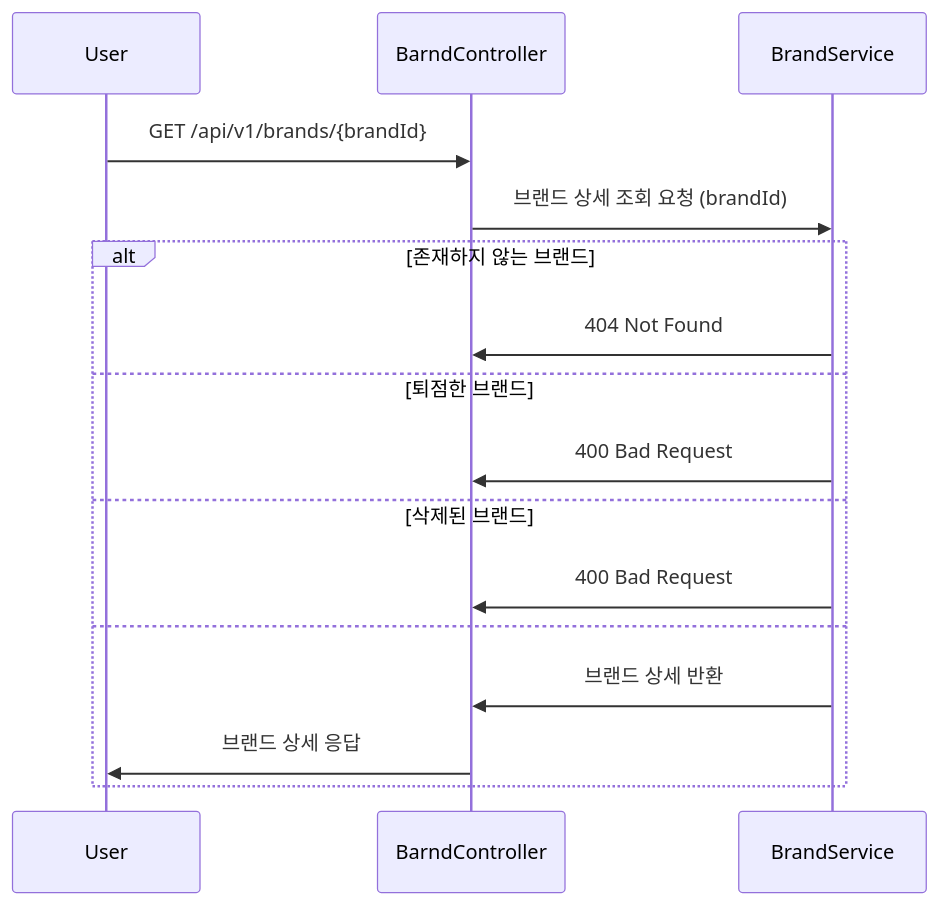
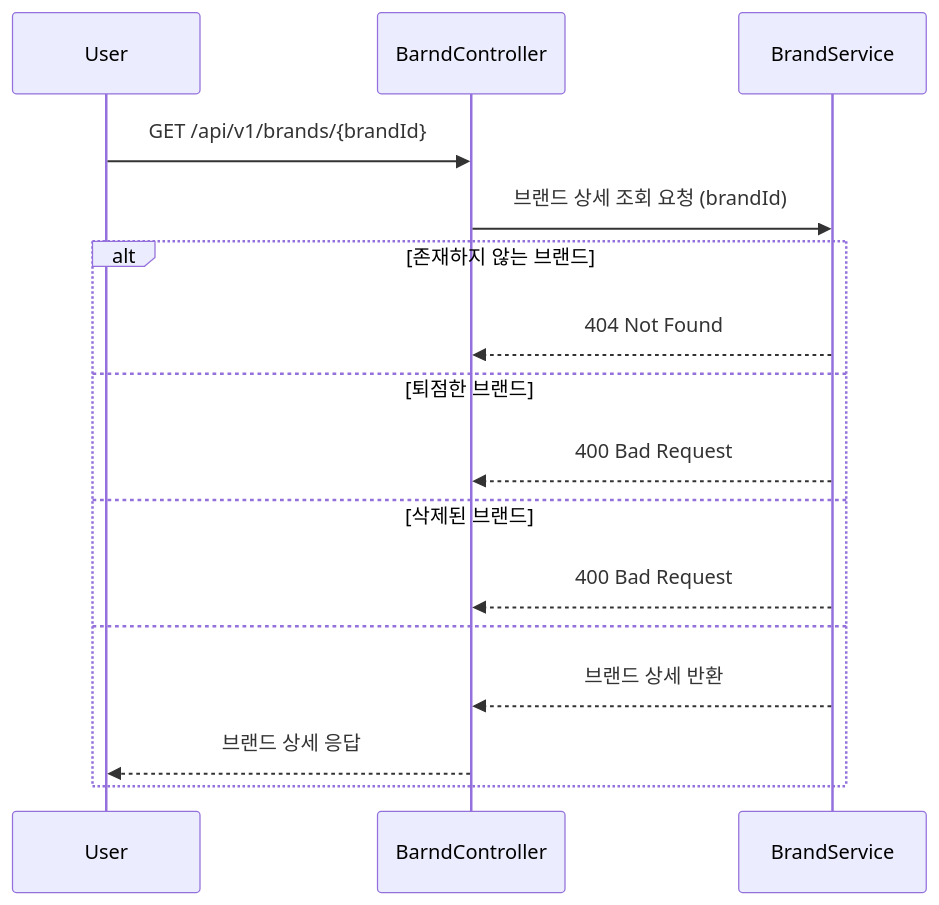
One commit to DuhanMo/emotional-commerce changed the third of 7 diagrams in docs/design/02-sequence-diagrams.md. Above: the diagram before and after it, drawn with Mermaid. The commit also changed other lines of this file, not shown here.

Commit message:
fix: 시퀀스 다이어그램 반환값 점선으로 수정

````diff
--- a/docs/design/02-sequence-diagrams.md
+++ b/docs/design/02-sequence-diagrams.md
@@ -44,19 +44,19 @@
 ```mermaid
 sequenceDiagram
 	participant U as User
 	participant BC as BarndController
 	participant BS as BrandService
 
 	U->>BC: GET /api/v1/brands/{brandId}
 	BC->>BS: 브랜드 상세 조회 요청 (brandId)
 	alt 존재하지 않는 브랜드
-		BS->>BC: 404 Not Found
+		BS-->>BC: 404 Not Found
 	else 퇴점한 브랜드
-		BS->>BC: 400 Bad Request
+		BS-->>BC: 400 Bad Request
 	else 삭제된 브랜드
-		BS->>BC: 400 Bad Request
+		BS-->>BC: 400 Bad Request
 	else
-		BS->>BC: 브랜드 상세 반환
-		BC->>U: 브랜드 상세 응답
+		BS-->>BC: 브랜드 상세 반환
+		BC-->>U: 브랜드 상세 응답
 end
 ```
````
